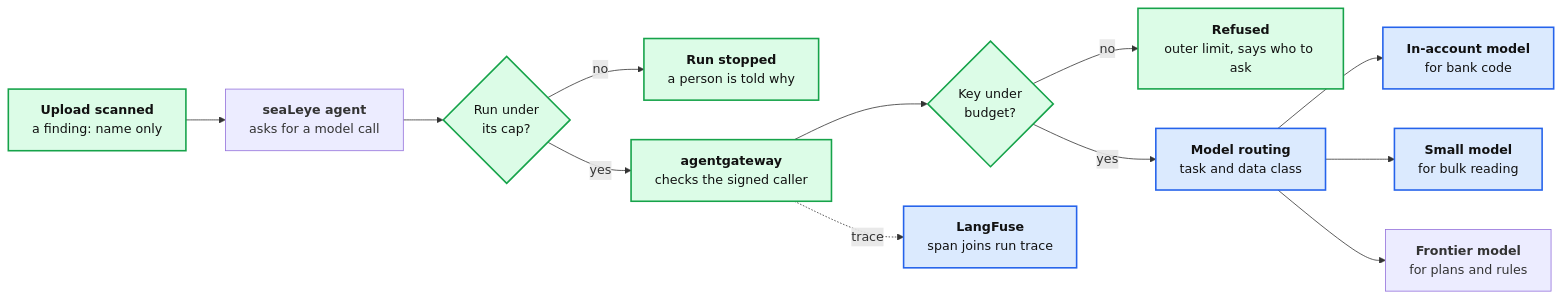
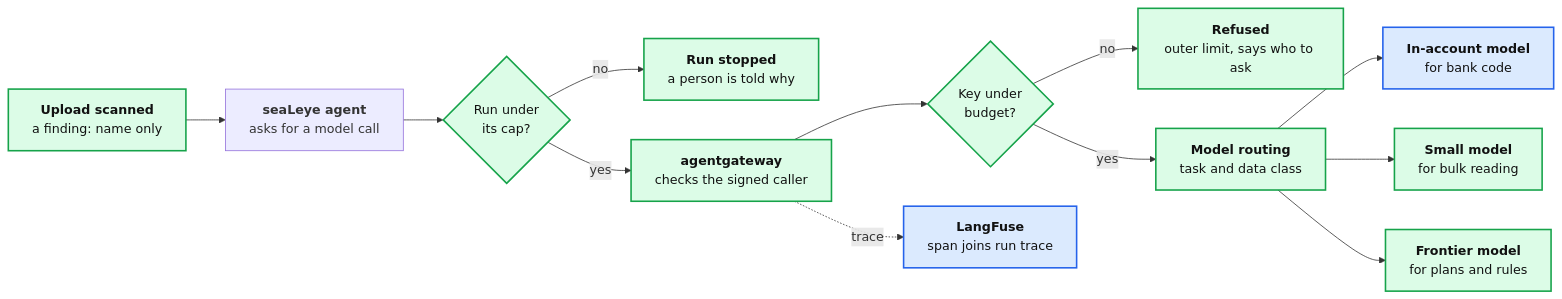
Before and after one commit to GregKliewer/sealeye: the fourth of 12 diagrams in docs/BUILD-OUT.md, drawn with Mermaid. The commit also changed other lines of this file, not shown here.

````diff
--- a/docs/BUILD-OUT.md
+++ b/docs/BUILD-OUT.md
@@ -128,18 +128,18 @@
 ```mermaid
 flowchart LR
   upload["<b>Upload scanned</b><br/>a finding: name only"] --> agent["<b>seaLeye agent</b><br/>asks for a model call"]
   agent --> cap{"Run under<br/>its cap?"}
   cap -- no --> stop["<b>Run stopped</b><br/>a person is told why"]
   cap -- yes --> gw["<b>agentgateway</b><br/>checks the signed caller"]
   gw --> budget{"Key under<br/>budget?"}
   budget -- no --> outer["<b>Refused</b><br/>outer limit, says who to ask"]
   budget -- yes --> router["<b>Model routing</b><br/>task and data class"]
   router --> inacct["<b>In-account model</b><br/>for bank code"]
   router --> small["<b>Small model</b><br/>for bulk reading"]
   router --> frontier["<b>Frontier model</b><br/>for plans and rules"]
   gw -. trace .-> lf["<b>LangFuse</b><br/>span joins run trace"]
   classDef new fill:#dbeafe,stroke:#2563eb,stroke-width:2px,color:#111
   classDef built fill:#dcfce7,stroke:#16a34a,stroke-width:2px,color:#111
-  class router,inacct,small,lf new
-  class upload,cap,stop,gw,budget,outer built
+  class inacct,lf new
+  class upload,cap,stop,gw,budget,outer,router,small,frontier built
 ```
````
